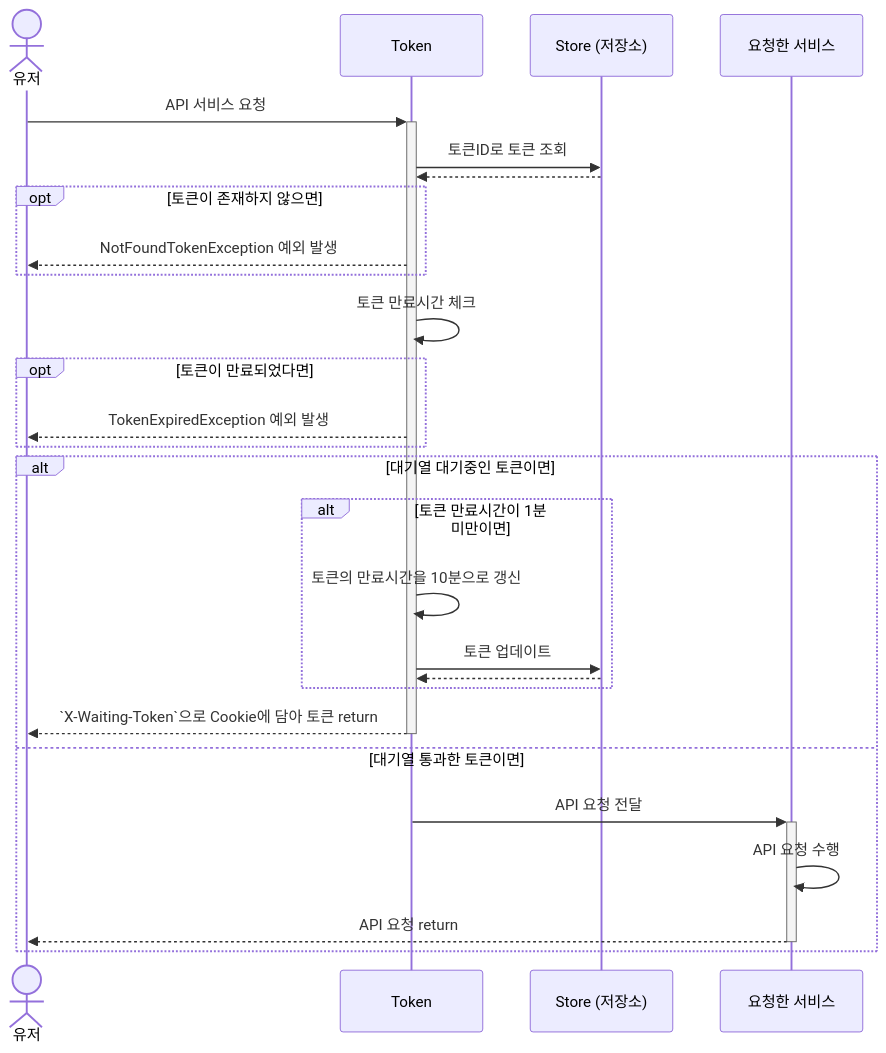
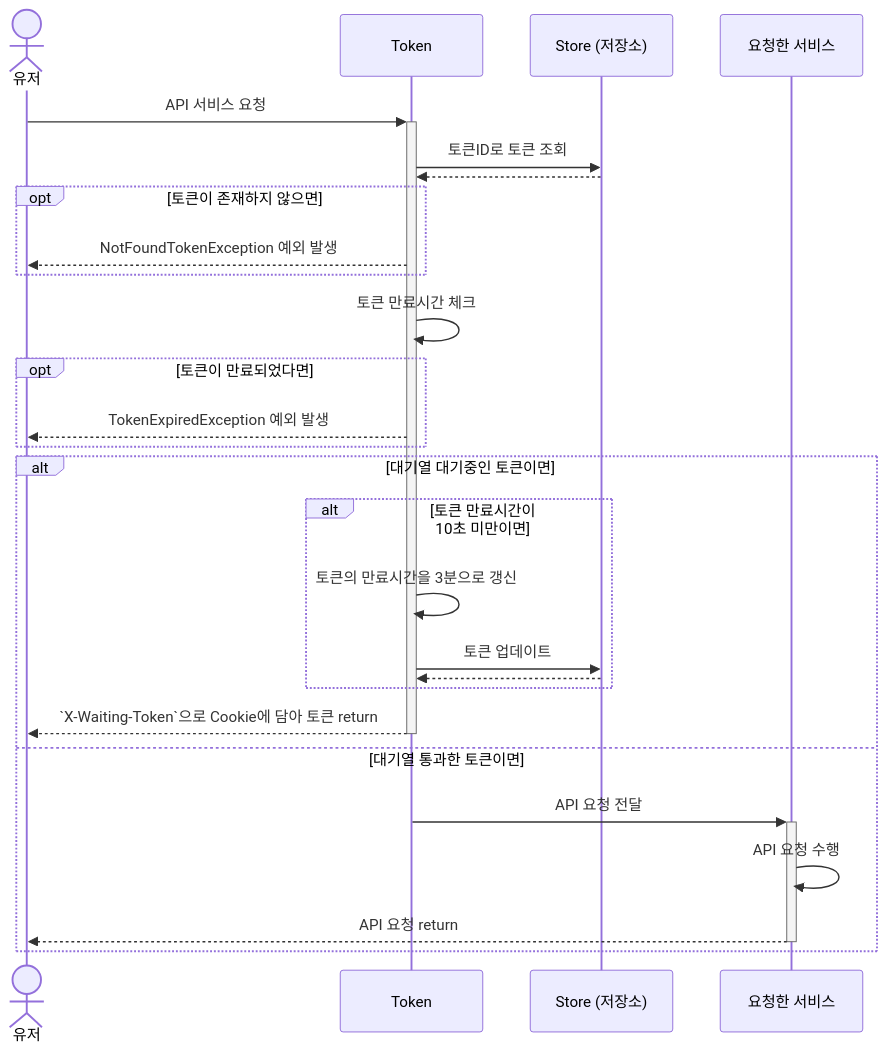
Before and after one commit to giwonn/hhplus-concert: the second of 11 diagrams in docs/sequence_diagram.md, drawn with Mermaid. The commit also changed other lines of this file, not shown here.

Commit message:
docs: 시퀀스 다이어그램 변경

````diff
--- a/docs/sequence_diagram.md
+++ b/docs/sequence_diagram.md
@@ -18,32 +18,32 @@
 ```mermaid
 sequenceDiagram
   actor A1 as 유저
   participant Token as Token
   participant Store as Store (저장소)
   participant Request as 요청한 서비스
   
 
   A1 ->>+ Token: API 서비스 요청
     Token ->> Store: 토큰ID로 토큰 조회
     Store -->> Token: 
     opt 토큰이 존재하지 않으면
         Token -->> A1: NotFoundTokenException 예외 발생
     end
       Token ->> Token: 토큰 만료시간 체크
       opt 토큰이 만료되었다면
         Token -->> A1: TokenExpiredException 예외 발생
       end
       alt 대기열 대기중인 토큰이면
-          alt 토큰 만료시간이 1분 미만이면
-            Token ->> Token: 토큰의 만료시간을 10분으로 갱신
+          alt 토큰 만료시간이 10초 미만이면
+            Token ->> Token: 토큰의 만료시간을 3분으로 갱신
             Token ->> Store: 토큰 업데이트
             Store -->> Token: 
           end
           Token -->>- A1: `X-Waiting-Token`으로 Cookie에 담아 토큰 return
       
       else 대기열 통과한 토큰이면
       Token ->>+ Request: API 요청 전달
       Request ->> Request: API 요청 수행
       Request -->>- A1: API 요청 return
   end
 ```
````
